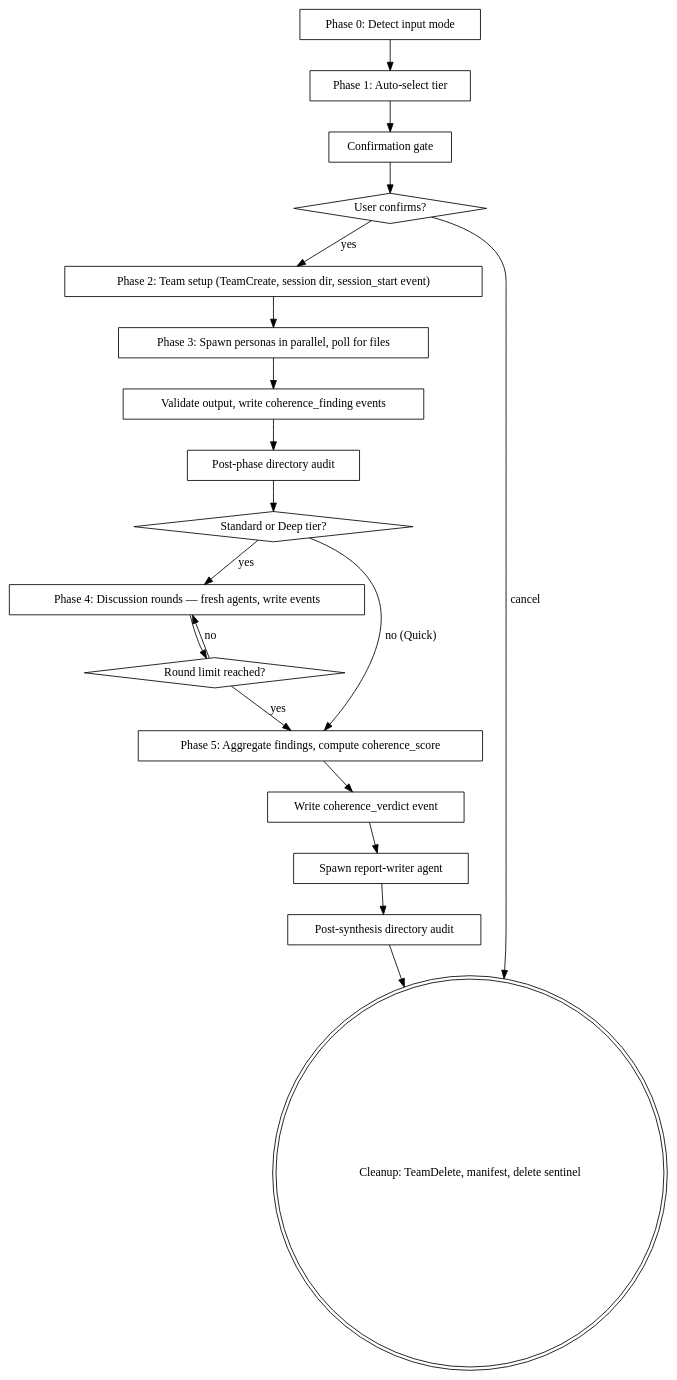
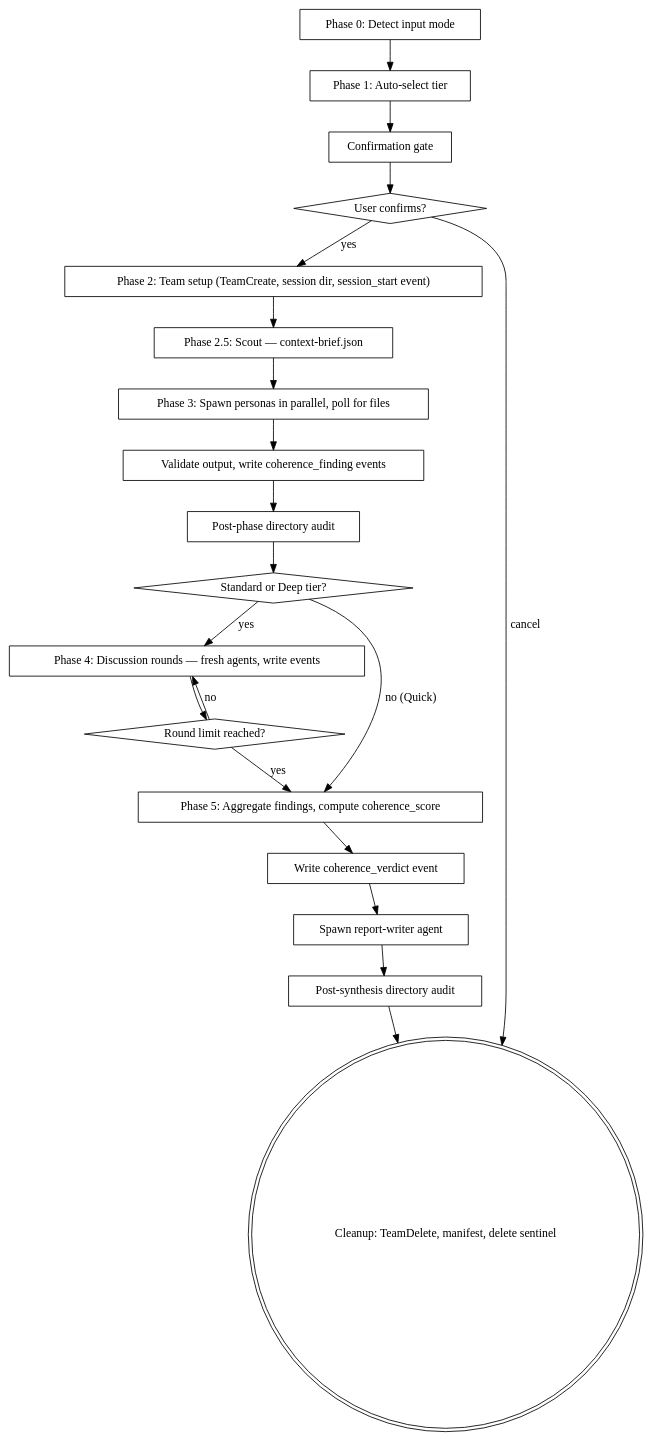
Before and after one commit to dnhess/spectra: the diagram in coherence-monitor/SKILL.md, drawn with Graphviz. The commit also changed other lines of this file and 34 other files, not shown here.

First line of the commit message:
feat: peer-review rename, shared Scout agent, and json-write.sh adoption (#21)

````diff
--- a/coherence-monitor/SKILL.md
+++ b/coherence-monitor/SKILL.md
@@ -65,40 +65,42 @@
 ```dot
 digraph coherence_monitor {
     rankdir=TB;
     "Phase 0: Detect input mode" [shape=box];
     "Phase 1: Auto-select tier" [shape=box];
     "Confirmation gate" [shape=box];
     "User confirms?" [shape=diamond];
     "Phase 2: Team setup (TeamCreate, session dir, session_start event)" [shape=box];
+    "Phase 2.5: Scout — context-brief.json" [shape=box];
     "Phase 3: Spawn personas in parallel, poll for files" [shape=box];
     "Validate output, write coherence_finding events" [shape=box];
     "Post-phase directory audit" [shape=box];
     "Standard or Deep tier?" [shape=diamond];
     "Phase 4: Discussion rounds — fresh agents, write events" [shape=box];
     "Round limit reached?" [shape=diamond];
     "Phase 5: Aggregate findings, compute coherence_score" [shape=box];
     "Write coherence_verdict event" [shape=box];
     "Spawn report-writer agent" [shape=box];
     "Post-synthesis directory audit" [shape=box];
     "Cleanup: TeamDelete, manifest, delete sentinel" [shape=doublecircle];
 
     "Phase 0: Detect input mode" -> "Phase 1: Auto-select tier";
     "Phase 1: Auto-select tier" -> "Confirmation gate";
     "Confirmation gate" -> "User confirms?";
     "User confirms?" -> "Phase 2: Team setup (TeamCreate, session dir, session_start event)" [label="yes"];
     "User confirms?" -> "Cleanup: TeamDelete, manifest, delete sentinel" [label="cancel"];
-    "Phase 2: Team setup (TeamCreate, session dir, session_start event)" -> "Phase 3: Spawn personas in parallel, poll for files";
+    "Phase 2: Team setup (TeamCreate, session dir, session_start event)" -> "Phase 2.5: Scout — context-brief.json";
+    "Phase 2.5: Scout — context-brief.json" -> "Phase 3: Spawn personas in parallel, poll for files";
     "Phase 3: Spawn personas in parallel, poll for files" -> "Validate output, write coherence_finding events";
     "Validate output, write coherence_finding events" -> "Post-phase directory audit";
     "Post-phase directory audit" -> "Standard or Deep tier?";
     "Standard or Deep tier?" -> "Phase 4: Discussion rounds — fresh agents, write events" [label="yes"];
     "Standard or Deep tier?" -> "Phase 5: Aggregate findings, compute coherence_score" [label="no (Quick)"];
     "Phase 4: Discussion rounds — fresh agents, write events" -> "Round limit reached?";
     "Round limit reached?" -> "Phase 5: Aggregate findings, compute coherence_score" [label="yes"];
     "Round limit reached?" -> "Phase 4: Discussion rounds — fresh agents, write events" [label="no"];
     "Phase 5: Aggregate findings, compute coherence_score" -> "Write coherence_verdict event";
     "Write coherence_verdict event" -> "Spawn report-writer agent";
     "Spawn report-writer agent" -> "Post-synthesis directory audit";
     "Post-synthesis directory audit" -> "Cleanup: TeamDelete, manifest, delete sentinel";
 }
 ```
````
